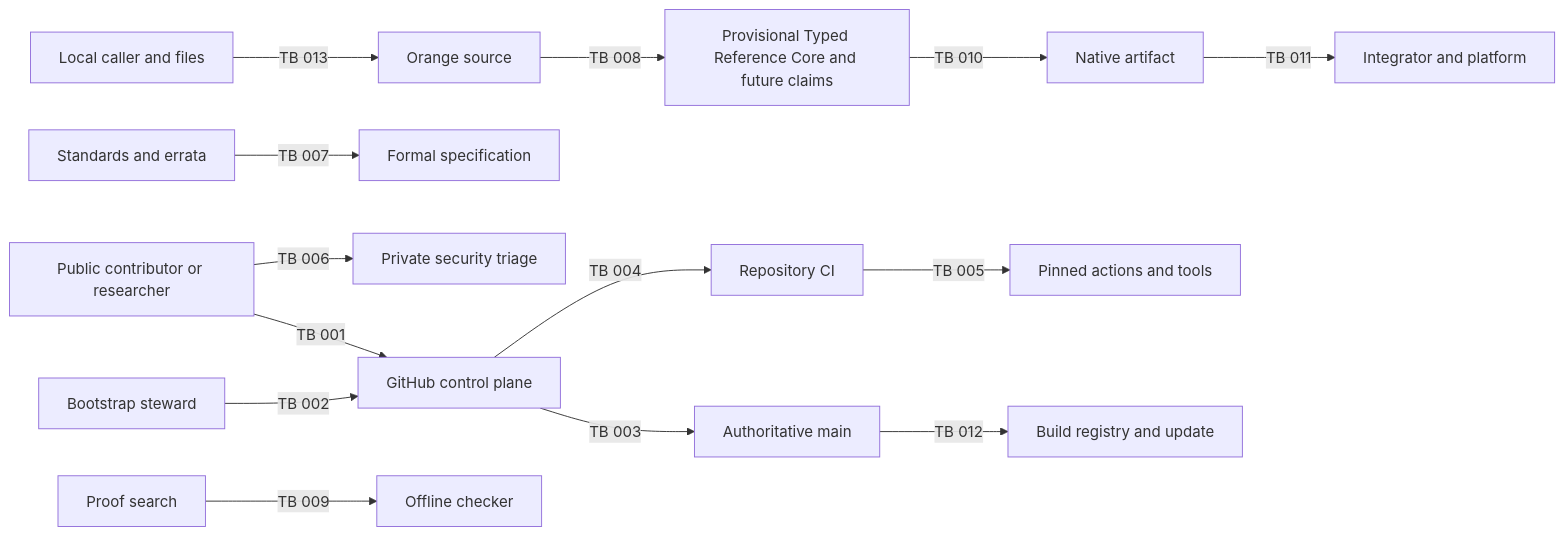
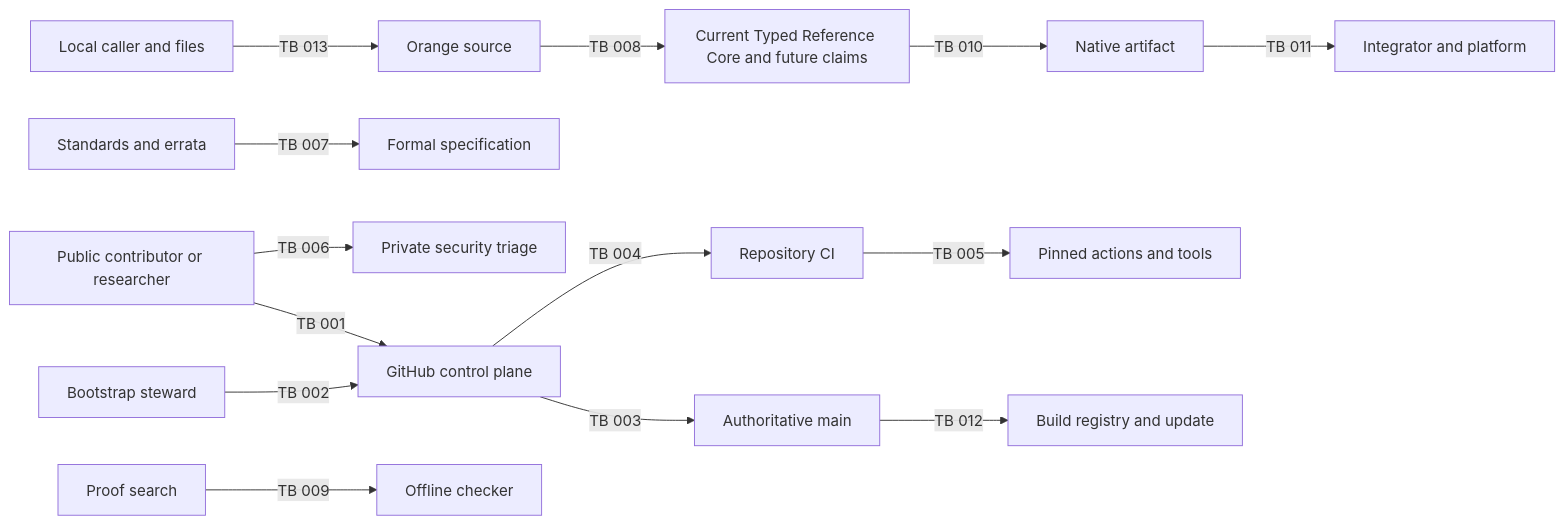
The diagram in docs/security/THREAT_MODEL.md (chasebryan/orange), drawn with Mermaid before and after one commit. The commit also changed other lines of this file and 14 other files, not shown here.

````diff
--- a/docs/security/THREAT_MODEL.md
+++ b/docs/security/THREAT_MODEL.md
@@ -210,16 +222,16 @@
 ```mermaid
 flowchart LR
   Public["Public contributor or researcher"] -->|TB 001| GitHub["GitHub control plane"]
   Owner["Bootstrap steward"] -->|TB 002| GitHub
   GitHub -->|TB 003| Main["Authoritative main"]
   GitHub -->|TB 004| CI["Repository CI"]
   CI -->|TB 005| Tools["Pinned actions and tools"]
   Public -->|TB 006| Triage["Private security triage"]
   Standards["Standards and errata"] -->|TB 007| Spec["Formal specification"]
-  Source["Orange source"] -->|TB 008| Core["Provisional Typed Reference Core and future claims"]
+  Source["Orange source"] -->|TB 008| Core["Current Typed Reference Core and future claims"]
   Search["Proof search"] -->|TB 009| Checker["Offline checker"]
   Core -->|TB 010| Native["Native artifact"]
   Native -->|TB 011| Platform["Integrator and platform"]
   Main -->|TB 012| Release["Build registry and update"]
   Local["Local caller and files"] -->|TB 013| Source
 ```
````
